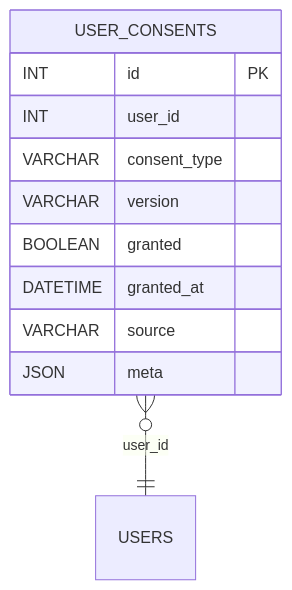
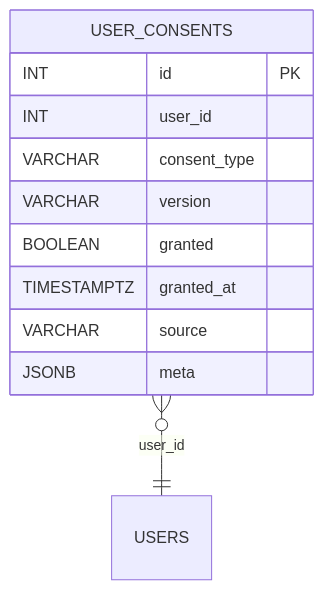
The diagram in README.md (blackcatdatabase/table-user-consents), drawn with Mermaid before and after one commit. The commit also changed other lines of this file and 26 other files, not shown here.

First line of the commit message:
Regen schema (#1)

````diff
--- a/README.md
+++ b/README.md
@@ -57,14 +57,14 @@
 ```mermaid
 erDiagram
   USER_CONSENTS {
     INT id PK
     INT user_id
     VARCHAR consent_type
     VARCHAR version
     BOOLEAN granted
-    DATETIME granted_at
+    TIMESTAMPTZ granted_at
     VARCHAR source
-    JSON meta
+    JSONB meta
   }
   USER_CONSENTS }o--|| USERS : "user_id"
 ```
````
